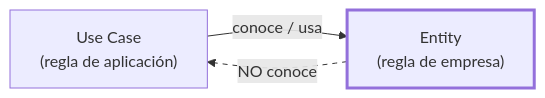
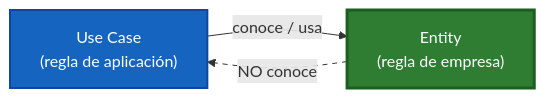
The first of 2 diagrams in 07-reglas-de-negocio/04-relacion-entities-usecases.md (JavierMachucaA/clean-architecture-guia), drawn with Mermaid before and after one commit. The commit also changed other lines of this file and 6 other files, not shown here.

````diff
--- a/07-reglas-de-negocio/04-relacion-entities-usecases.md
+++ b/07-reglas-de-negocio/04-relacion-entities-usecases.md
@@ -13,8 +13,9 @@
 ```mermaid
 flowchart LR
     UC["Use Case<br/>(regla de aplicación)"] -->|conoce / usa| E["Entity<br/>(regla de empresa)"]
     E -.->|NO conoce| UC
 
-    style E stroke-width:3px
+    style UC fill:#1565c0,stroke:#0d47a1,stroke-width:2px,color:#fff
+    style E fill:#2e7d32,stroke:#1b5e20,stroke-width:3px,color:#fff
     linkStyle 1 stroke-dasharray: 5 5
 ```
````
